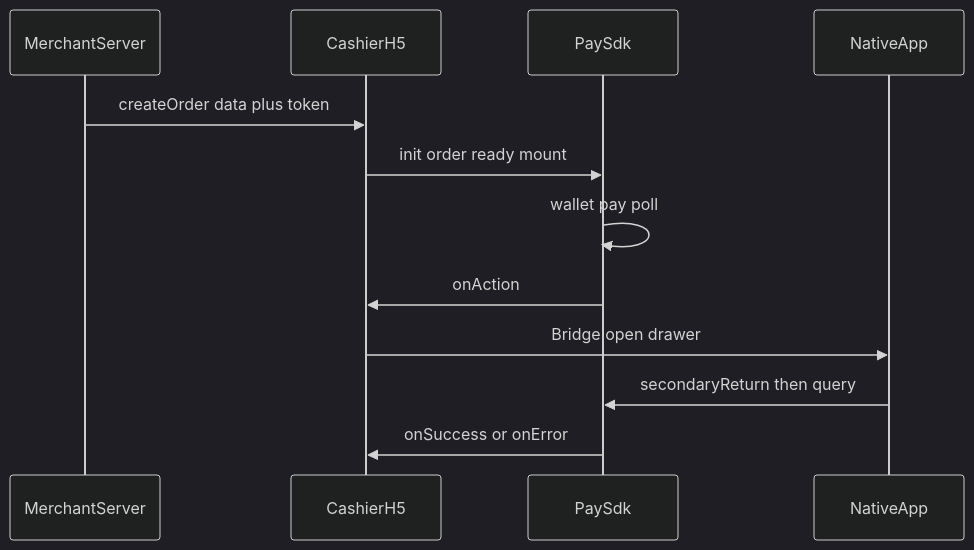
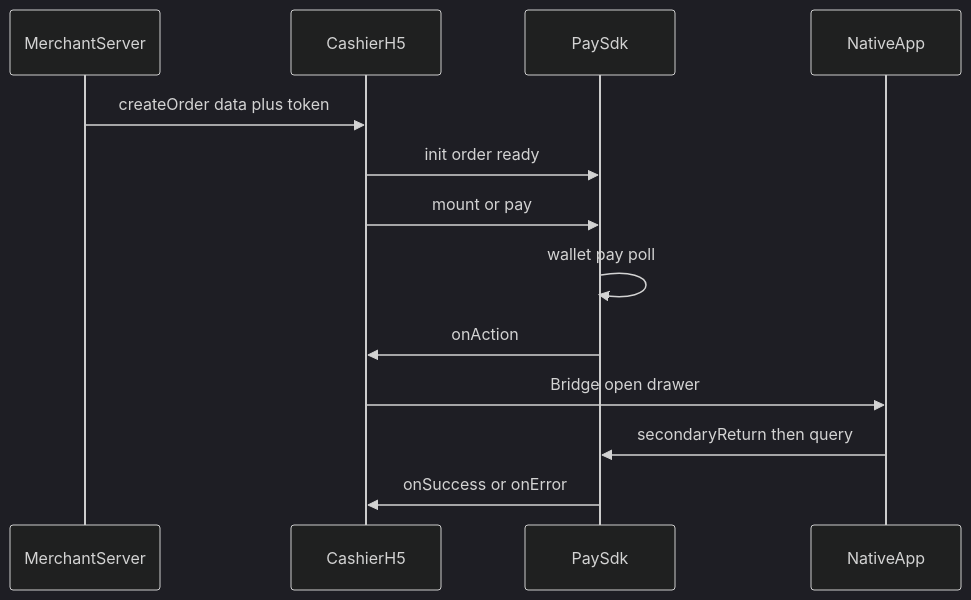
One commit to laibaduoji/pay-sdk-mvp changed the diagram in output/README.md. Above: the diagram before and after it, drawn with Mermaid (dark theme). The commit also changed other lines of this file and 10 other files, not shown here.

First line of the commit message:
Expose pay() for custom buttons while keeping mount() official wallet UI.

````diff
--- a/output/README.md
+++ b/output/README.md
@@ -26,14 +26,15 @@
 ```mermaid
 sequenceDiagram
   participant MerchantServer
   participant CashierH5
   participant PaySdk
   participant NativeApp
   MerchantServer->>CashierH5: createOrder data plus token
-  CashierH5->>PaySdk: init order ready mount
+  CashierH5->>PaySdk: init order ready
+  CashierH5->>PaySdk: mount or pay
   PaySdk->>PaySdk: wallet pay poll
   PaySdk->>CashierH5: onAction
   CashierH5->>NativeApp: Bridge open drawer
   NativeApp->>PaySdk: secondaryReturn then query
   PaySdk->>CashierH5: onSuccess or onError
 ```
````
